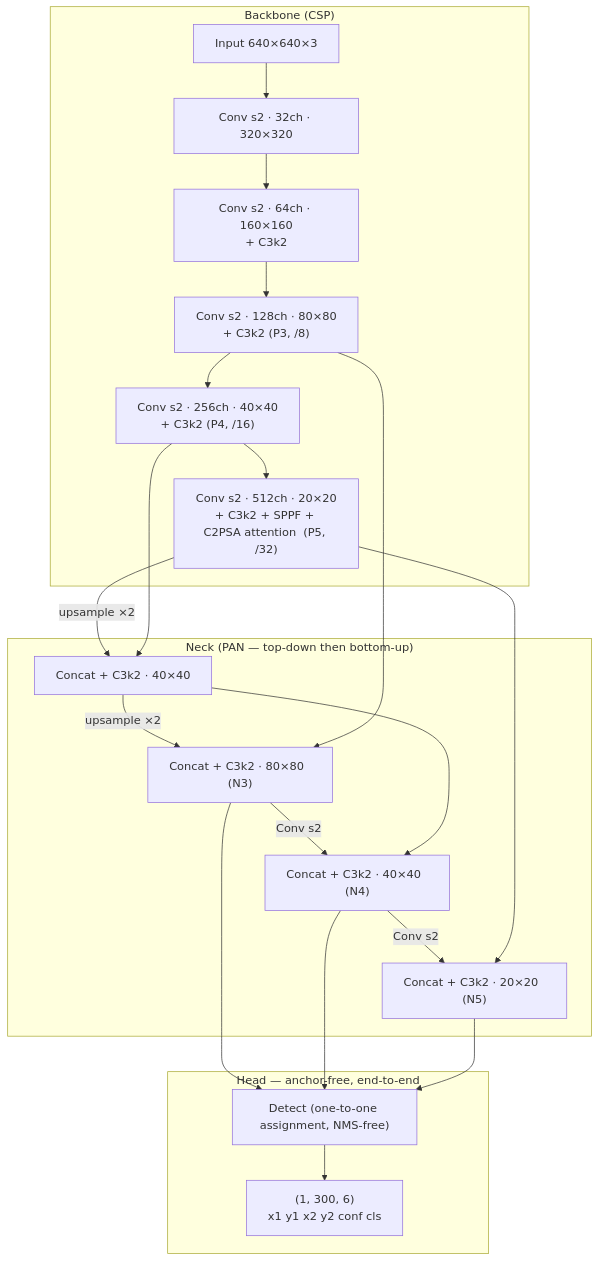
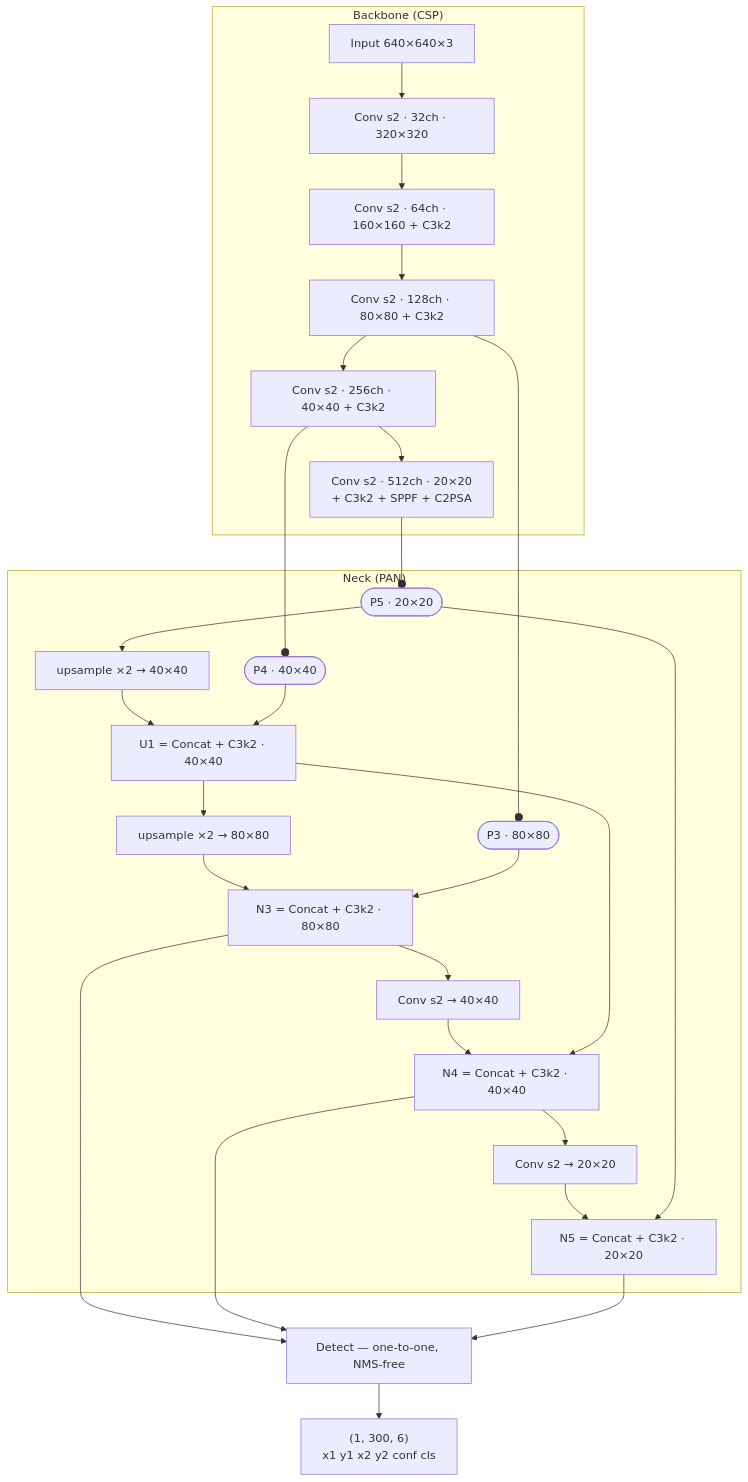
The diagram in GOLF_YOLO.md (hongshuochen/ml-models), drawn with Mermaid before and after one commit.

Commit message:
GOLF_YOLO.md: unambiguous architecture diagram (explicit P3/P4/P5 tap nodes)
Claude-Session: https://claude.ai/code/session_01NPuwLBM9xzeTAD3G2AUYCW

````diff
--- a/GOLF_YOLO.md
+++ b/GOLF_YOLO.md
@@ -63,28 +63,27 @@
 ```mermaid
 flowchart TD
     subgraph BB["Backbone (CSP)"]
-        IN["Input 640×640×3"] --> S1["Conv s2 · 32ch · 320×320"]
-        S1 --> S2["Conv s2 · 64ch · 160×160<br/>+ C3k2"]
-        S2 --> P3["Conv s2 · 128ch · 80×80<br/>+ C3k2  (P3, /8)"]
-        P3 --> P4["Conv s2 · 256ch · 40×40<br/>+ C3k2  (P4, /16)"]
-        P4 --> P5["Conv s2 · 512ch · 20×20<br/>+ C3k2 + SPPF + C2PSA attention  (P5, /32)"]
+        IN["Input 640×640×3"] --> C1["Conv s2 · 32ch · 320×320"]
+        C1 --> C2["Conv s2 · 64ch · 160×160 + C3k2"]
+        C2 --> B3["Conv s2 · 128ch · 80×80 + C3k2"]
+        B3 --> B4["Conv s2 · 256ch · 40×40 + C3k2"]
+        B4 --> B5["Conv s2 · 512ch · 20×20<br/>+ C3k2 + SPPF + C2PSA"]
     end
-
-    subgraph NK["Neck (PAN — top-down then bottom-up)"]
-        P5 -->|"upsample ×2"| U1["Concat + C3k2 · 40×40"]
+    B3 --o P3(["P3 · 80×80"])
+    B4 --o P4(["P4 · 40×40"])
+    B5 --o P5(["P5 · 20×20"])
+    subgraph NK["Neck (PAN)"]
+        P5 --> UP1["upsample ×2 → 40×40"] --> U1["U1 = Concat + C3k2 · 40×40"]
         P4 --> U1
-        U1 -->|"upsample ×2"| N3["Concat + C3k2 · 80×80  (N3)"]
+        U1 --> UP2["upsample ×2 → 80×80"] --> N3["N3 = Concat + C3k2 · 80×80"]
         P3 --> N3
-        N3 -->|"Conv s2"| N4["Concat + C3k2 · 40×40  (N4)"]
+        N3 --> D1["Conv s2 → 40×40"] --> N4["N4 = Concat + C3k2 · 40×40"]
         U1 --> N4
-        N4 -->|"Conv s2"| N5["Concat + C3k2 · 20×20  (N5)"]
+        N4 --> D2["Conv s2 → 20×20"] --> N5["N5 = Concat + C3k2 · 20×20"]
         P5 --> N5
     end
-
-    subgraph HD["Head — anchor-free, end-to-end"]
-        N3 --> DET["Detect (one-to-one assignment, NMS-free)"]
-        N4 --> DET
-        N5 --> DET
-        DET --> OUT["(1, 300, 6)<br/>x1 y1 x2 y2 conf cls"]
-    end
+    N3 --> DET["Detect — one-to-one, NMS-free"]
+    N4 --> DET
+    N5 --> DET
+    DET --> OUT["(1, 300, 6)<br/>x1 y1 x2 y2 conf cls"]
 ```
````
